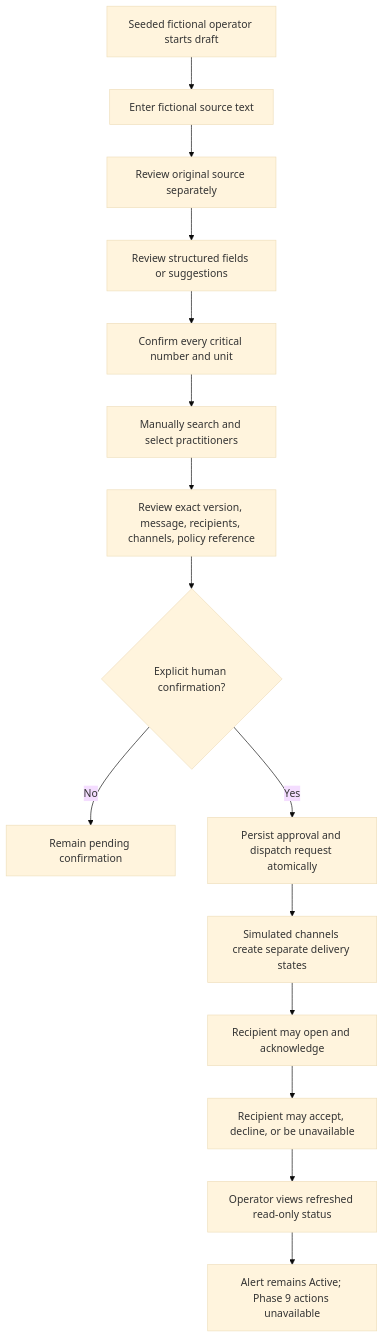
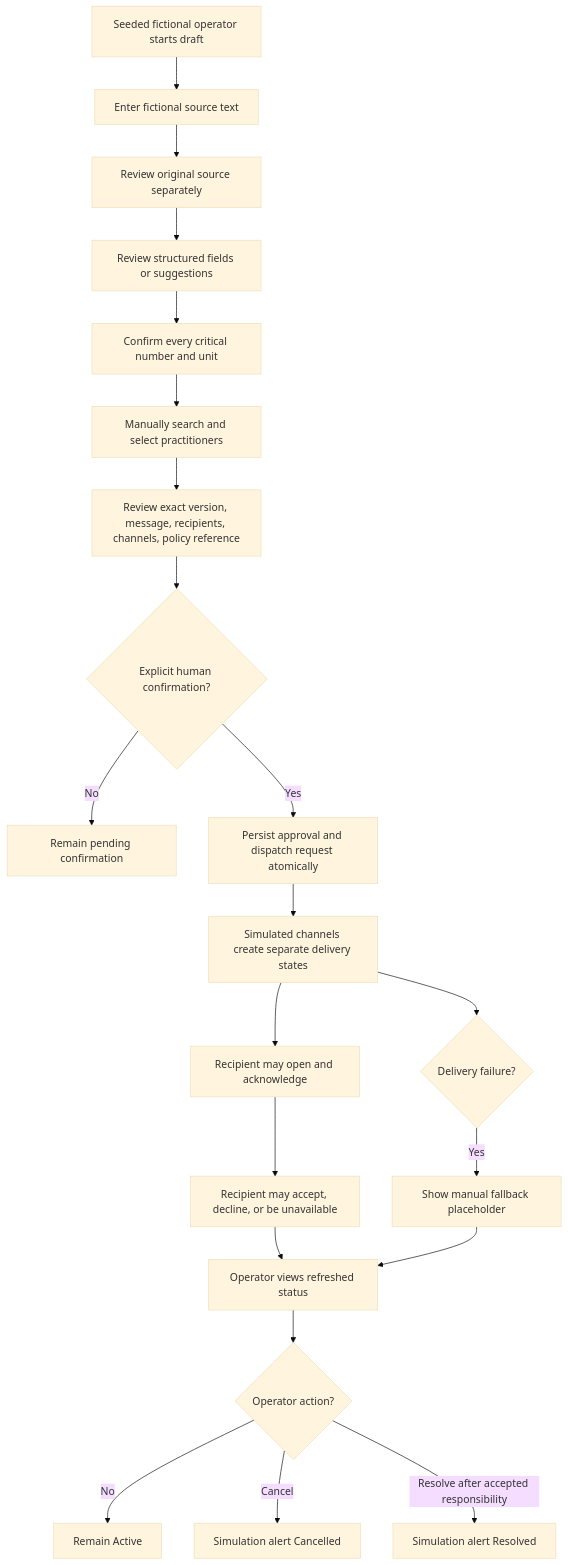
The diagram in docs/product/workflow.md (Ghaith-1996/Hospital), drawn with Mermaid (base theme) before and after one commit. The commit also changed other lines of this file and 115 other files, not shown here.

Commit message:
feat: complete Phase 8 simulation compliance corrections

````diff
--- a/docs/product/workflow.md
+++ b/docs/product/workflow.md
@@ -36,17 +36,23 @@
 ```mermaid
 flowchart TD
     A[Seeded fictional operator starts draft] --> B[Enter fictional source text]
     B --> C[Review original source separately]
     C --> D[Review structured fields or suggestions]
     D --> E[Confirm every critical number and unit]
     E --> F[Manually search and select practitioners]
     F --> G[Review exact version, message, recipients, channels, policy reference]
     G --> H{Explicit human confirmation?}
     H -- No --> I[Remain pending confirmation]
     H -- Yes --> J[Persist approval and dispatch request atomically]
     J --> K[Simulated channels create separate delivery states]
     K --> L[Recipient may open and acknowledge]
     L --> M[Recipient may accept, decline, or be unavailable]
-    M --> N[Operator views refreshed read-only status]
-    N --> O[Alert remains Active; Phase 9 actions unavailable]
+    M --> N[Operator views refreshed status]
+    N --> O{Operator action?}
+    O -- No --> P[Remain Active]
+    O -- Cancel --> Q[Simulation alert Cancelled]
+    O -- Resolve after accepted responsibility --> R[Simulation alert Resolved]
+    K --> S{Delivery failure?}
+    S -- Yes --> T[Show manual fallback placeholder]
+    T --> N
 ```
````
